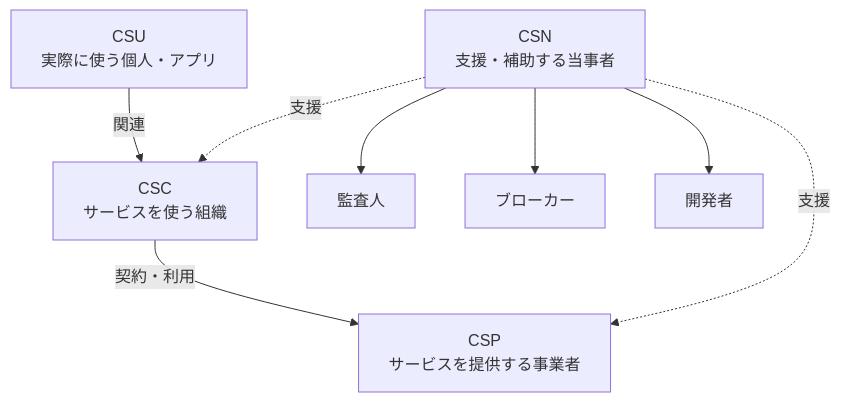
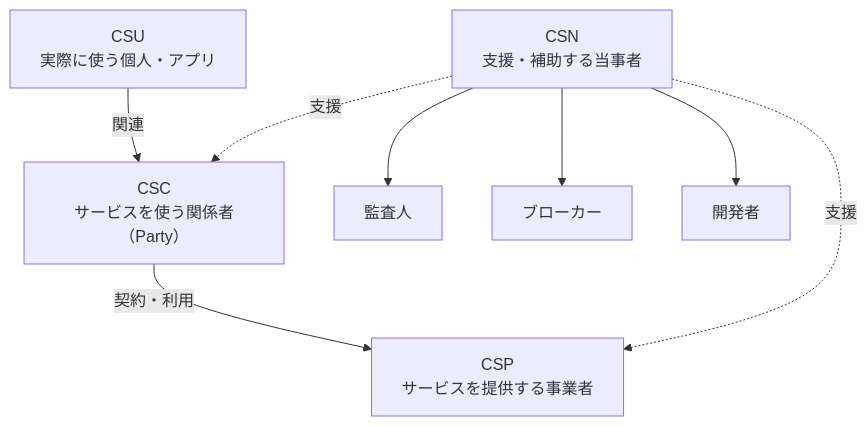
One commit to myoshi2891/Cloud-Infrastructure-and-Network-Studies changed the ninth of 14 diagrams in Iso-iec-22123-2-guide.md. Above: the diagram before and after it, drawn with Mermaid. The commit also changed other lines of this file and 6 other files, not shown here.

````diff
--- a/Iso-iec-22123-2-guide.md
+++ b/Iso-iec-22123-2-guide.md
@@ -545,17 +545,17 @@
 ```mermaid
 flowchart TD
-    A1["CSC<br/>サービスを使う組織"]
+    A1["CSC<br/>サービスを使う関係者（Party）"]
     A2["CSU<br/>実際に使う個人・アプリ"]
     A3["CSP<br/>サービスを提供する事業者"]
     A4["CSN<br/>支援・補助する当事者"]
     A5["監査人"]
     A6["ブローカー"]
     A7["開発者"]
     A2 -->|"関連"| A1
     A1 -->|"契約・利用"| A3
     A4 -.->|"支援"| A1
     A4 -.->|"支援"| A3
     A4 --> A5
     A4 --> A6
     A4 --> A7
 ```
````
